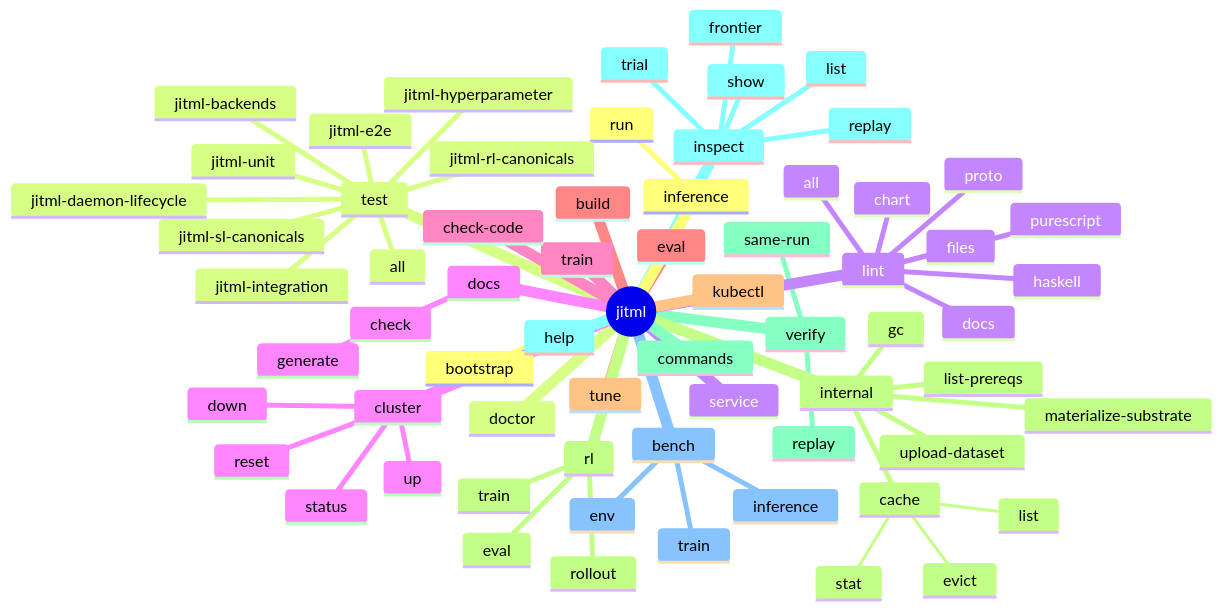
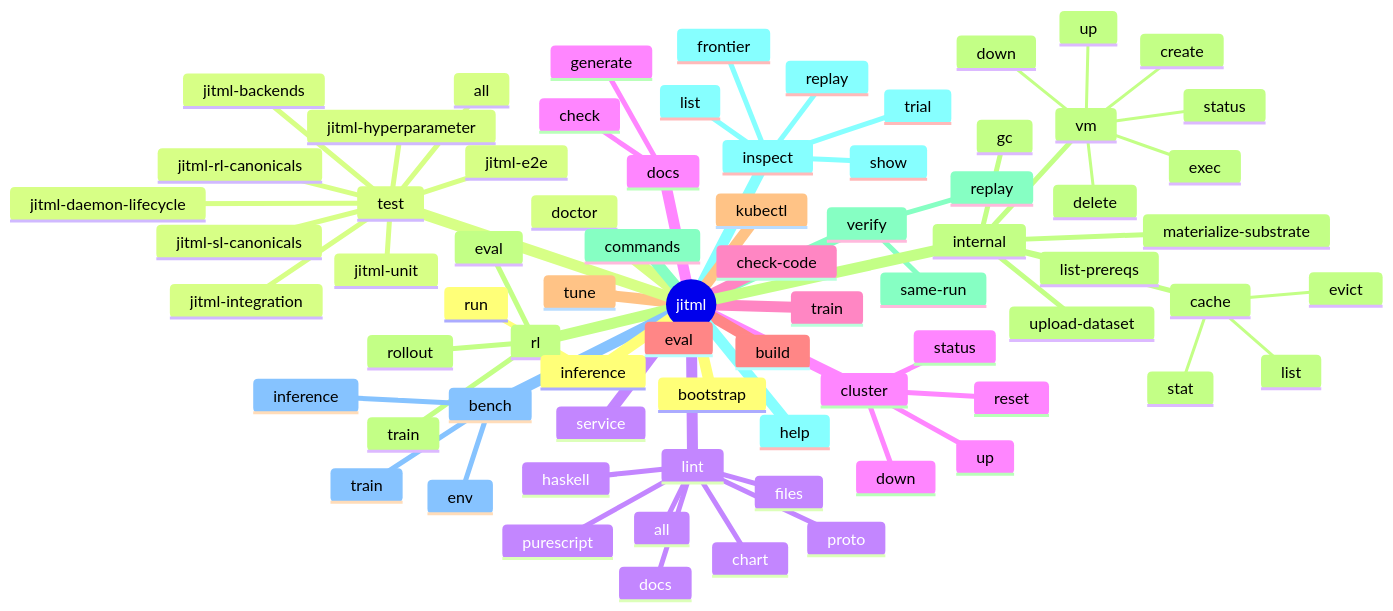
The first of 4 diagrams in README.md (Tuee22/jitML), drawn with Mermaid before and after one commit. The commit also changed other lines of this file and 40 other files, not shown here.

````diff
--- a/README.md
+++ b/README.md
@@ -685,69 +685,76 @@
 ```mermaid
 mindmap
   root((jitml))
     bootstrap
     doctor
     service
     cluster
       up
       down
       status
       reset
     train
     eval
     tune
     rl
       train
       eval
       rollout
     verify
       same-run
       replay
     inspect
       list
       show
       replay
       trial
       frontier
     bench
       train
       inference
       env
     inference
       run
     test
       all
       jitml-unit
       jitml-integration
       jitml-sl-canonicals
       jitml-rl-canonicals
       jitml-hyperparameter
       jitml-backends
       jitml-daemon-lifecycle
       jitml-e2e
     lint
       files
       docs
       proto
       chart
       haskell
       purescript
       all
     docs
       check
       generate
     check-code
     build
     kubectl
     internal
       materialize-substrate
       list-prereqs
       upload-dataset
       gc
+      vm
+        create
+        up
+        down
+        status
+        delete
+        exec
       cache
         stat
         list
         evict
     commands
     help
 ```
````
